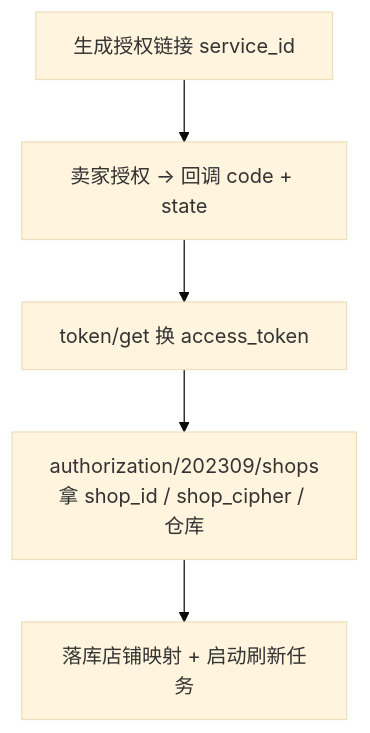
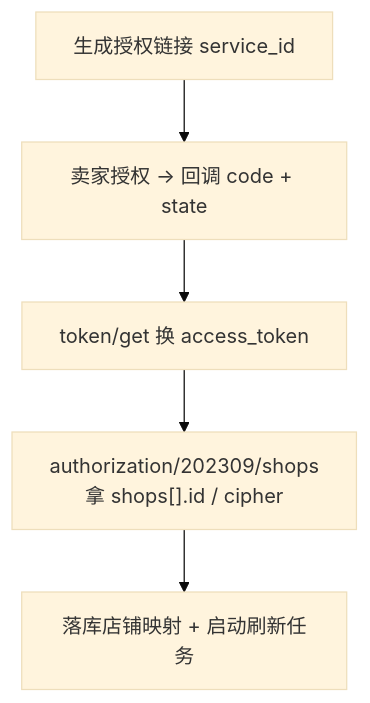
The second of 4 diagrams in hemu_oversea_fastapi/tiktok_API.md (philliu66/hemu_oversea_fullstack), drawn with Mermaid (base theme) before and after one commit. The commit also changed other lines of this file and 25 other files, not shown here.

````diff
--- a/hemu_oversea_fastapi/tiktok_API.md
+++ b/hemu_oversea_fastapi/tiktok_API.md
@@ -594,7 +617,7 @@
 ```mermaid
 flowchart TD
     A["生成授权链接 service_id"] --> B["卖家授权 → 回调 code + state"]
     B --> C["token/get 换 access_token"]
-    C --> D["authorization/202309/shops<br/>拿 shop_id / shop_cipher / 仓库"]
+    C --> D["authorization/202309/shops<br/>拿 shops[].id / cipher"]
     D --> E["落库店铺映射 + 启动刷新任务"]
 ```
````
